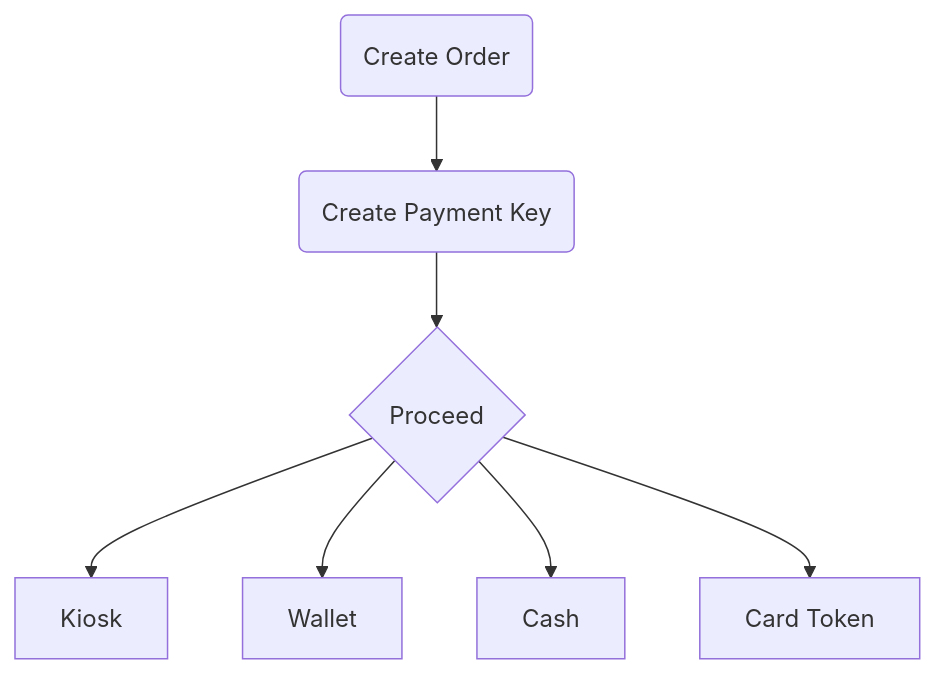
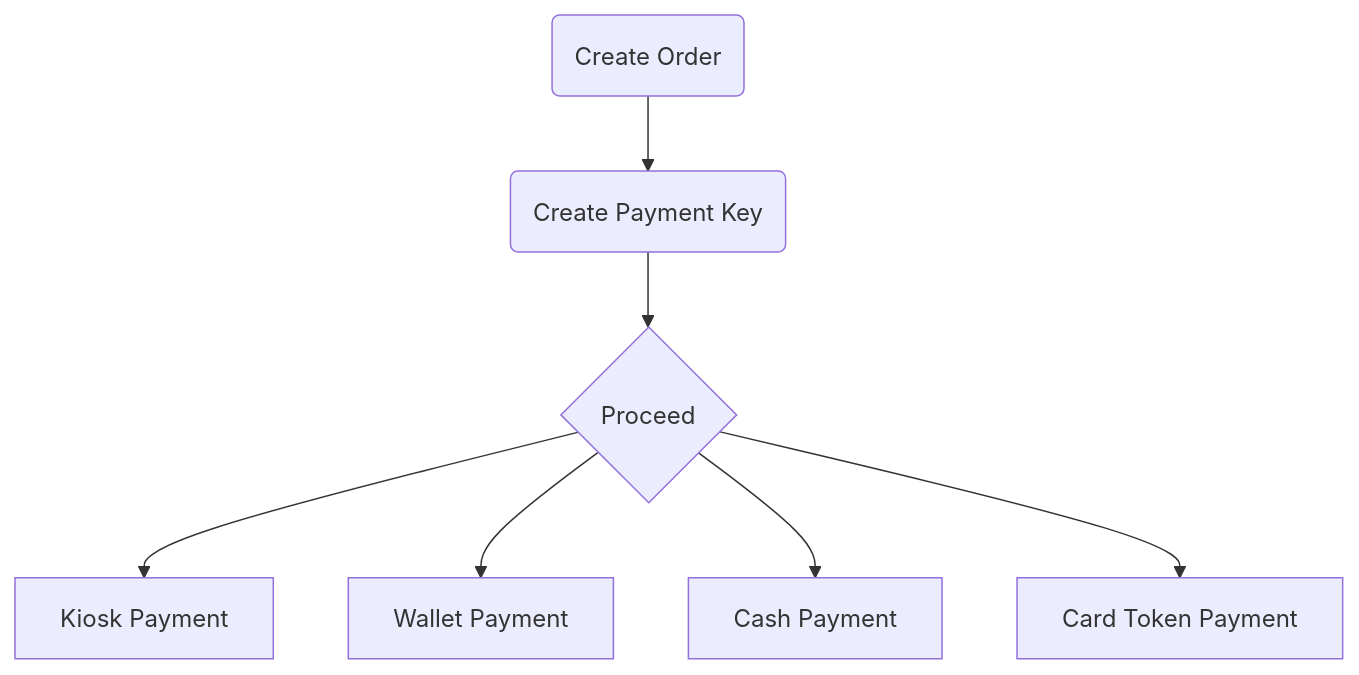
One commit to muhammedattif/Paymob-Solutions changed the second of 2 diagrams in docs/services/accept.md. Above: the diagram before and after it, drawn with Mermaid.

Commit message:
Update Accept Docs

````diff
--- a/docs/services/accept.md
+++ b/docs/services/accept.md
@@ -23,9 +23,9 @@
 ```mermaid
 flowchart TD
     A(Create Order) --> B(Create Payment Key)
     B --> C{Proceed}
-    C --> D[Kiosk]
-    C --> E[Wallet]
-    C --> F[Cash]
-    C --> G[Card Token]
+    C --> D[Kiosk Payment]
+    C --> E[Wallet Payment]
+    C --> F[Cash Payment]
+    C --> G[Card Token Payment]
 ```
````
